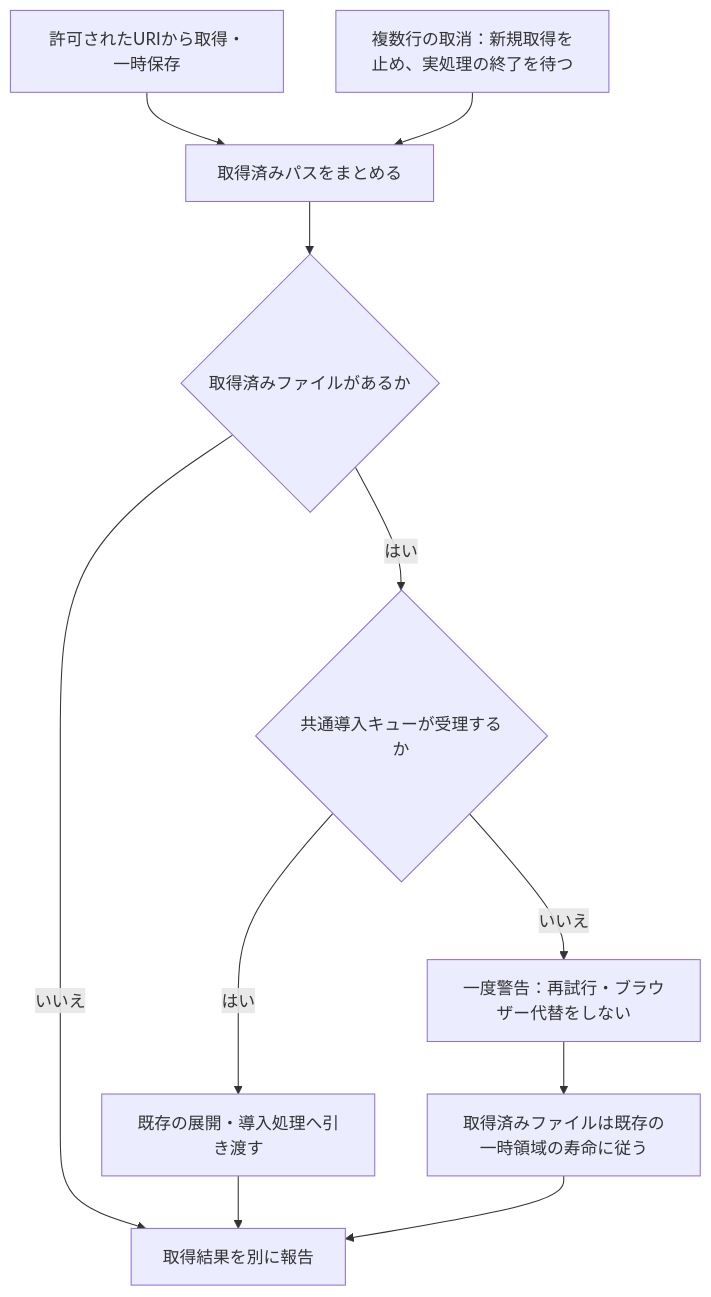
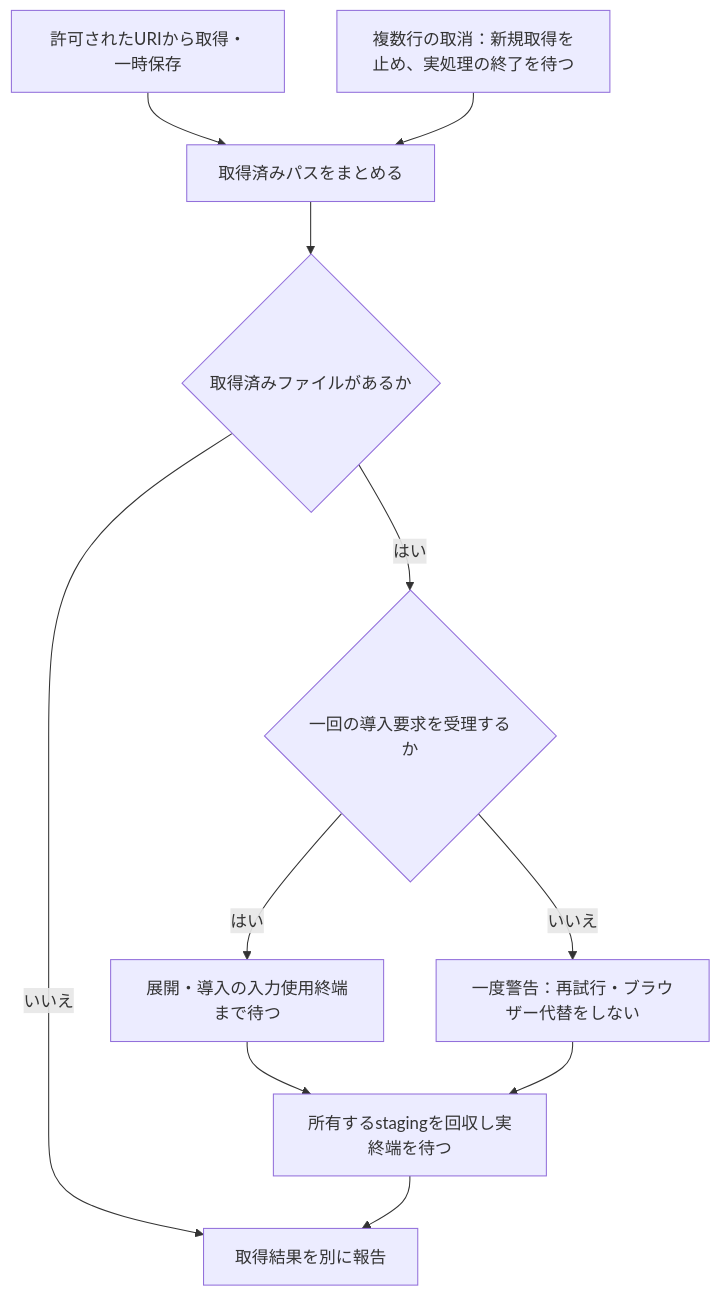
The diagram in devdocs/spec/playlist/downloads.md (Neeted/bemusicseeker-unofficial-fork), drawn with Mermaid before and after one commit. The commit also changed other lines of this file and 298 other files, not shown here.

````diff
--- a/devdocs/spec/playlist/downloads.md
+++ b/devdocs/spec/playlist/downloads.md
@@ -35,13 +35,13 @@
 ```mermaid
 flowchart TB
     Fetch["許可されたURIから取得・一時保存"] --> Paths["取得済みパスをまとめる"]
     Cancel["複数行の取消：新規取得を止め、実処理の終了を待つ"] --> Paths
     Paths --> Any{"取得済みファイルがあるか"}
     Any -->|いいえ| Result["取得結果を別に報告"]
-    Any -->|はい| Admission{"共通導入キューが受理するか"}
-    Admission -->|はい| Install["既存の展開・導入処理へ引き渡す"]
-    Install --> Result
+    Any -->|はい| Admission{"一回の導入要求を受理するか"}
+    Admission -->|はい| Install["展開・導入の入力使用終端まで待つ"]
+    Install --> Lifetime
     Admission -->|いいえ| Warn["一度警告：再試行・ブラウザー代替をしない"]
-    Warn --> Lifetime["取得済みファイルは既存の一時領域の寿命に従う"]
+    Warn --> Lifetime["所有するstagingを回収し実終端を待つ"]
     Lifetime --> Result
 ```
````
